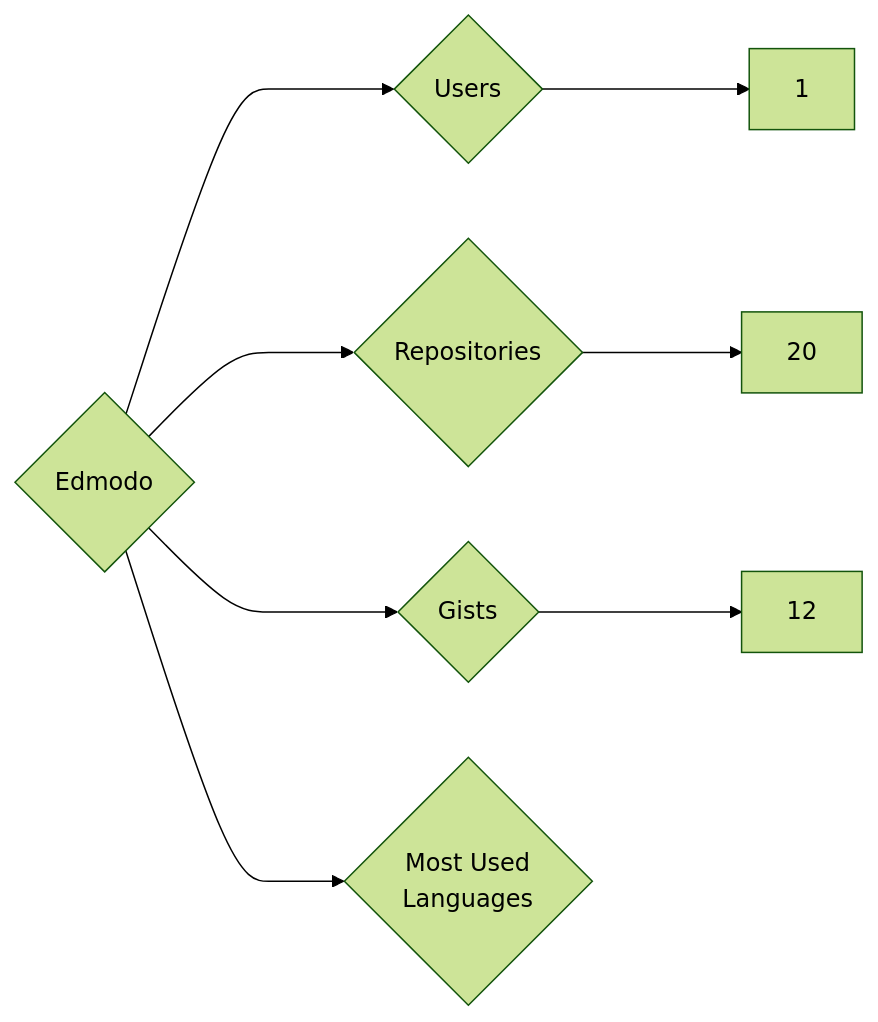
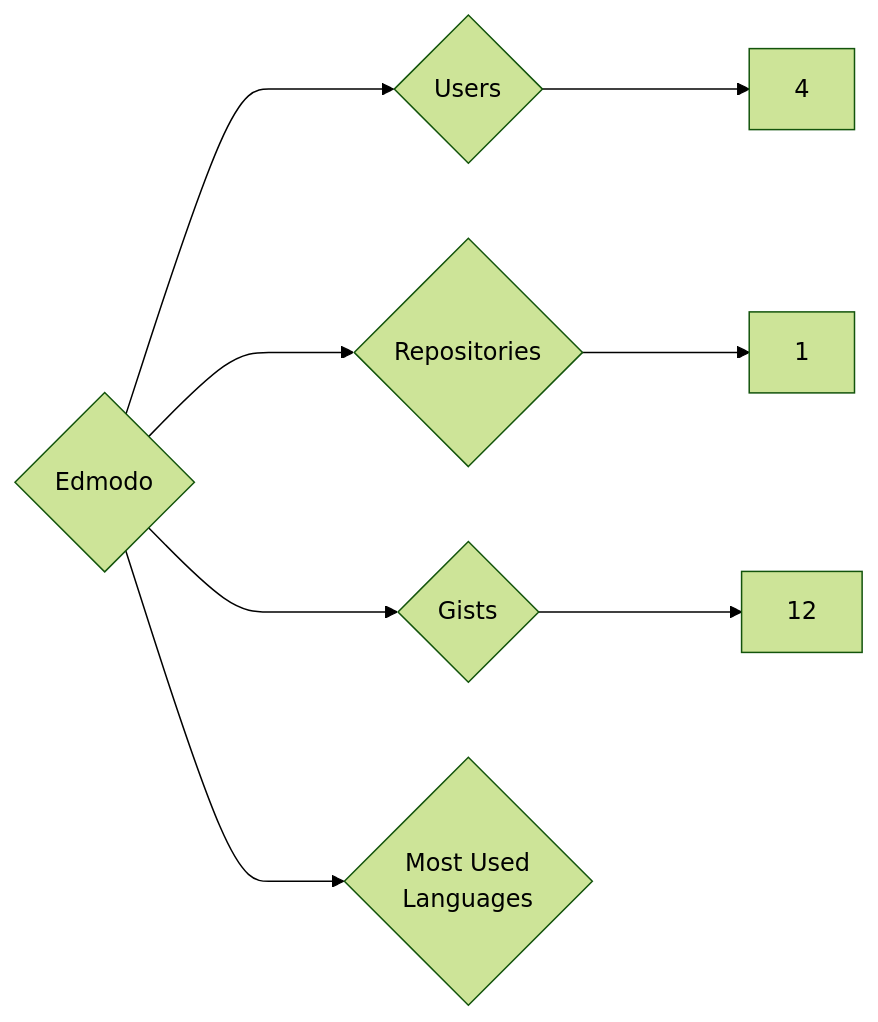
One commit to trickest/insiders changed the diagram in targets/Edmodo/README.md. Above: the diagram before and after it, drawn with Mermaid (forest theme). The commit also changed 1007 other files, not shown here.

````diff
--- a/targets/Edmodo/README.md
+++ b/targets/Edmodo/README.md
@@ -3,8 +3,8 @@
 ```mermaid
 graph LR
 COMPANY_NAME{Edmodo}
-COMPANY_NAME ---> U{Users} ---> UN[1]
-COMPANY_NAME ---> R{Repositories} ---> RN[20]
+COMPANY_NAME ---> U{Users} ---> UN[4]
+COMPANY_NAME ---> R{Repositories} ---> RN[1]
 COMPANY_NAME ---> G{Gists} ---> GN[12]
 COMPANY_NAME ---> ML{Most Used<br>Languages}
 ```
````
